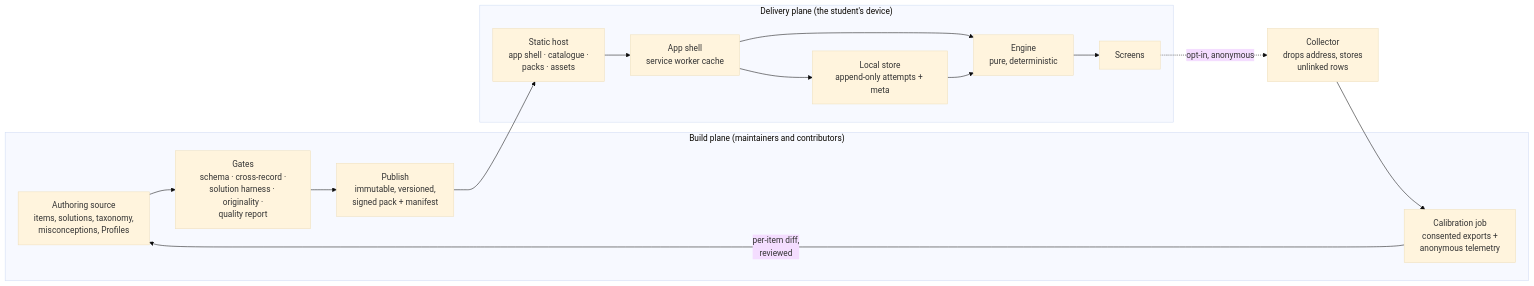
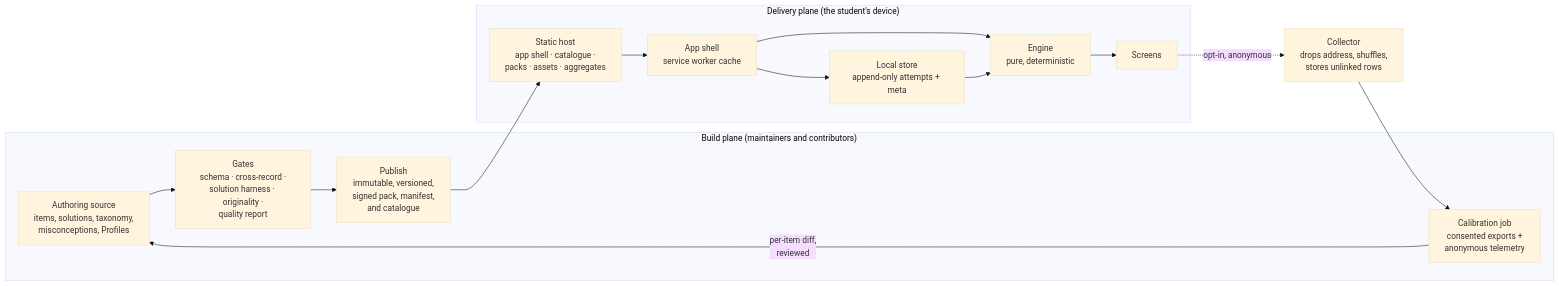
The diagram in docs/product/architecture.md (pinaka-cognitive-systems/pinaka-abhyas), drawn with Mermaid (base theme) before and after one commit. The commit also changed other lines of this file and 3 other files, not shown here.

````diff
--- a/docs/product/architecture.md
+++ b/docs/product/architecture.md
@@ -30,18 +32,18 @@
 ```mermaid
 flowchart LR
     subgraph B["Build plane (maintainers and contributors)"]
         A["Authoring source<br/>items, solutions, taxonomy,<br/>misconceptions, Profiles"] --> G["Gates<br/>schema · cross-record ·<br/>solution harness · originality ·<br/>quality report"]
-        G --> P["Publish<br/>immutable, versioned,<br/>signed pack + manifest"]
+        G --> P["Publish<br/>immutable, versioned,<br/>signed pack, manifest,<br/>and catalogue"]
         C["Calibration job<br/>consented exports +<br/>anonymous telemetry"] -->|"per-item diff,<br/>reviewed"| A
     end
-    P --> H["Static host<br/>app shell · catalogue ·<br/>packs · assets"]
+    P --> H["Static host<br/>app shell · catalogue ·<br/>packs · assets · aggregates"]
     subgraph D["Delivery plane (the student's device)"]
         H --> S["App shell<br/>service worker cache"]
         S --> E["Engine<br/>pure, deterministic"]
         S --> L["Local store<br/>append-only attempts + meta"]
         L --> E
         E --> U["Screens"]
     end
-    U -.->|"opt-in, anonymous"| K["Collector<br/>drops address, stores<br/>unlinked rows"]
+    U -.->|"opt-in, anonymous"| K["Collector<br/>drops address, shuffles,<br/>stores unlinked rows"]
     K --> C
 ```
````
